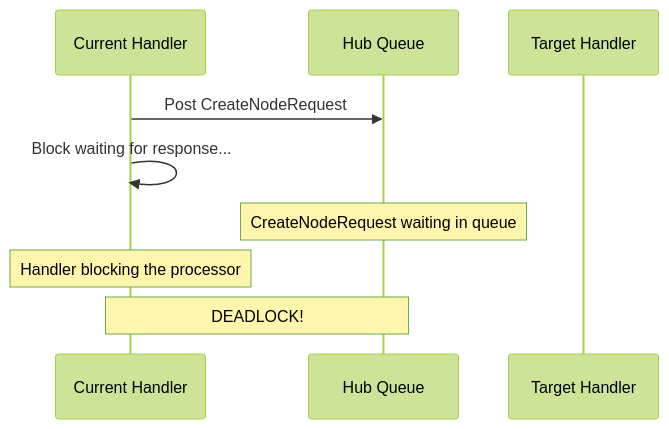
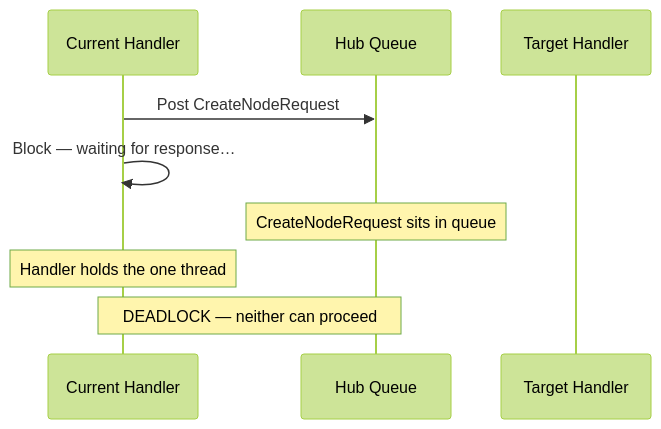
The second of 2 diagrams in src/MeshWeaver.Documentation/Data/Architecture/ActorModel.md (Systemorph/MeshWeaver), drawn with Mermaid (forest theme) before and after one commit. The commit also changed other lines of this file and 111 other files, not shown here.

````diff
--- a/src/MeshWeaver.Documentation/Data/Architecture/ActorModel.md
+++ b/src/MeshWeaver.Documentation/Data/Architecture/ActorModel.md
@@ -53,12 +54,12 @@
 ```mermaid
 sequenceDiagram
     participant Handler as Current Handler
     participant Queue as Hub Queue
     participant Target as Target Handler
 
     Handler->>Queue: Post CreateNodeRequest
-    Handler->>Handler: Block waiting for response...
-    Note over Queue: CreateNodeRequest waiting in queue
-    Note over Handler: Handler blocking the processor
-    Note over Queue,Handler: DEADLOCK!
+    Handler->>Handler: Block — waiting for response…
+    Note over Queue: CreateNodeRequest sits in queue
+    Note over Handler: Handler holds the one thread
+    Note over Queue,Handler: DEADLOCK — neither can proceed
 ```
````
